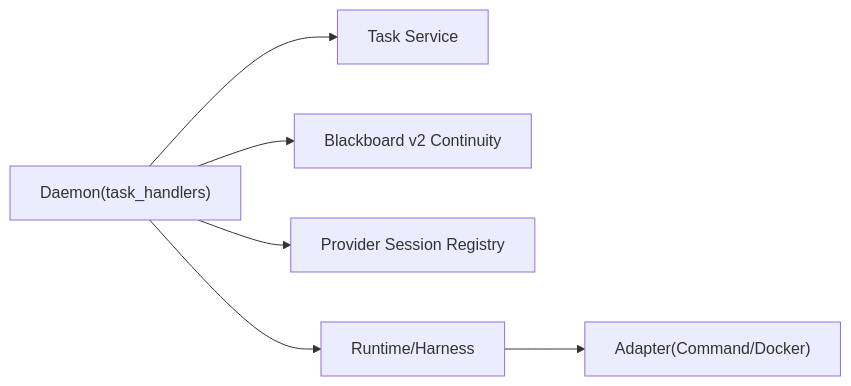
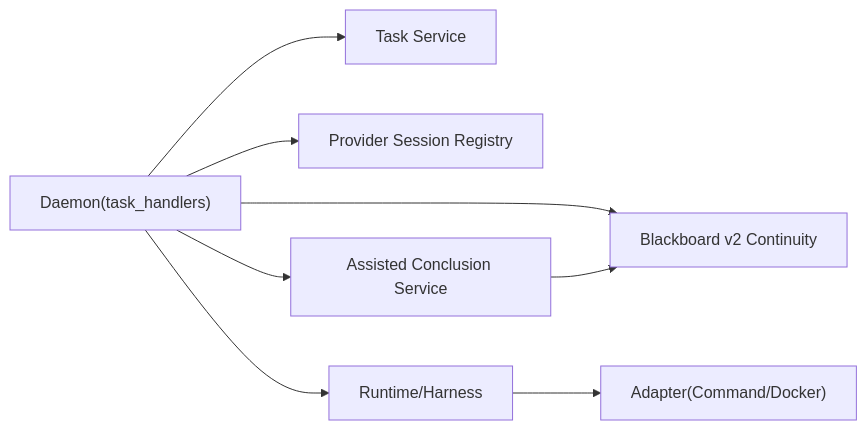
Diagram 12 of 12 in .qoder/repowiki/zh/content/核心架构/控制平面 - Daemon服务/任务生命周期管理/任务生命周期管理.md (n1majne3/CyberPenda), drawn with Mermaid before and after one commit. The commit also changed other lines of this file and 6 other files, not shown here.

````diff
--- a/.qoder/repowiki/zh/content/核心架构/控制平面 - Daemon服务/任务生命周期管理/任务生命周期管理.md
+++ b/.qoder/repowiki/zh/content/核心架构/控制平面 - Daemon服务/任务生命周期管理/任务生命周期管理.md
@@ -405,8 +516,10 @@
 ```mermaid
 graph LR
 Daemon["Daemon(task_handlers)"] --> TaskSvc["Task Service"]
 Daemon --> BBV2["Blackboard v2 Continuity"]
 Daemon --> ProvReg["Provider Session Registry"]
 Daemon --> Harness["Runtime/Harness"]
+Daemon --> AC["Assisted Conclusion Service"]
 Harness --> Adapter["Adapter(Command/Docker)"]
+AC --> BBV2
 ```
````
